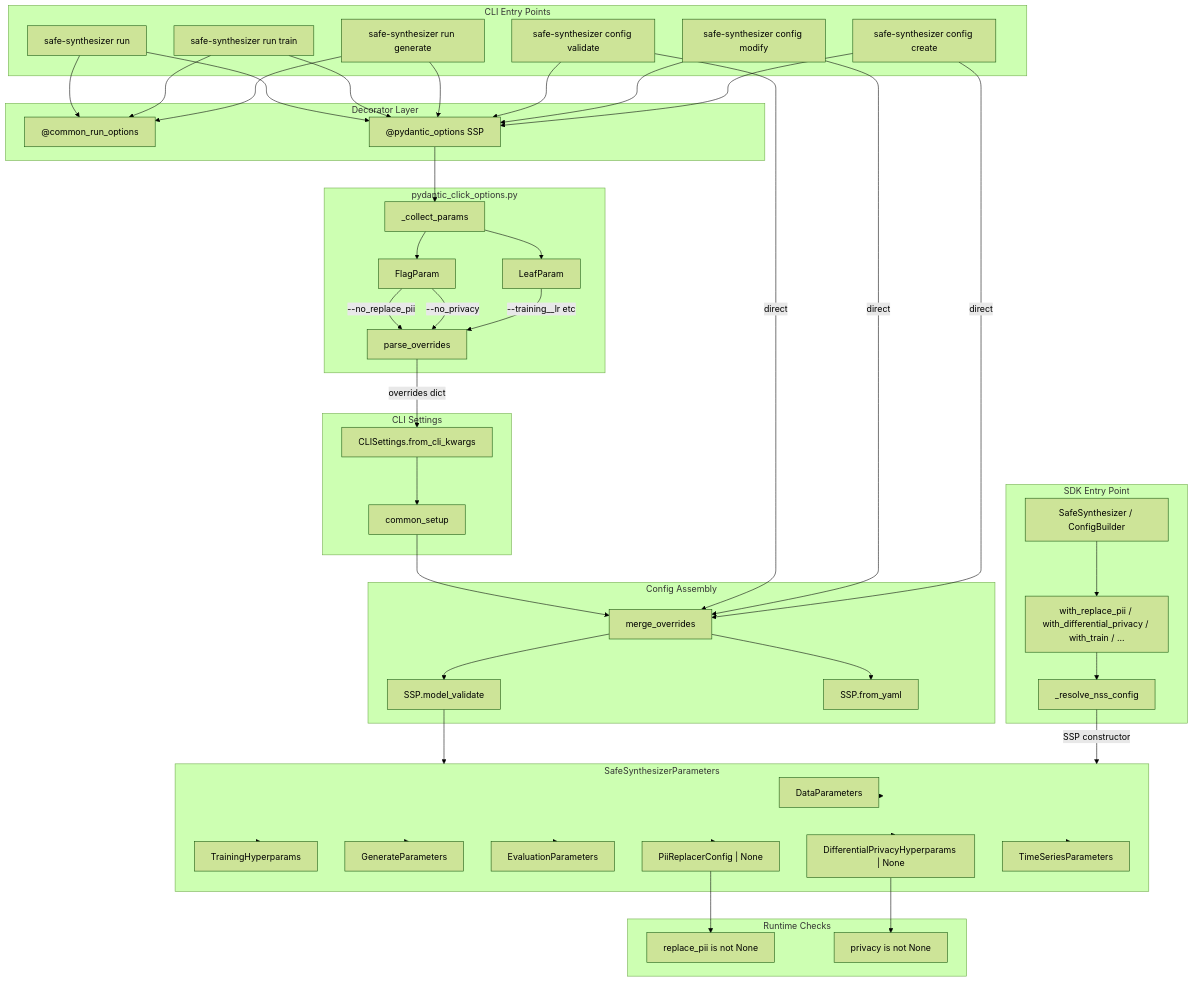
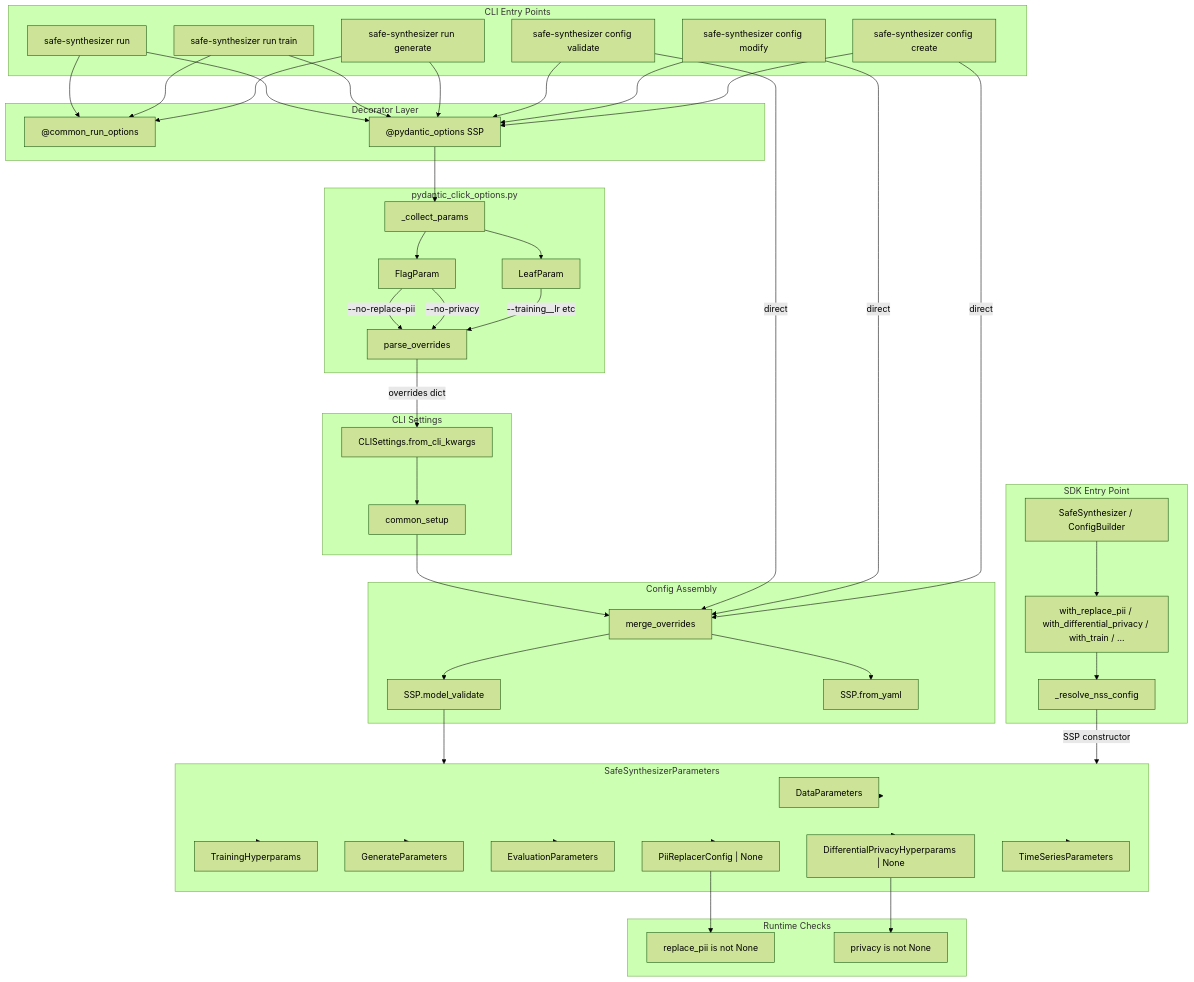
The second of 4 diagrams in docs/developer-guide/architecture.md (NVIDIA-NeMo/Safe-Synthesizer), drawn with Mermaid (forest theme) before and after one commit. The commit also changed 26 other files, not shown here.

```diff
--- a/docs/developer-guide/architecture.md
+++ b/docs/developer-guide/architecture.md
@@ -205,8 +205,8 @@
     pydantic --> collect
     collect --> leaf & flag
 
-    flag -->|"--no_replace_pii"| parse
-    flag -->|"--no_privacy"| parse
+    flag -->|"--no-replace-pii"| parse
+    flag -->|"--no-privacy"| parse
     leaf -->|"--training__lr etc"| parse
 
     parse -->|"overrides dict"| clisettings
```
